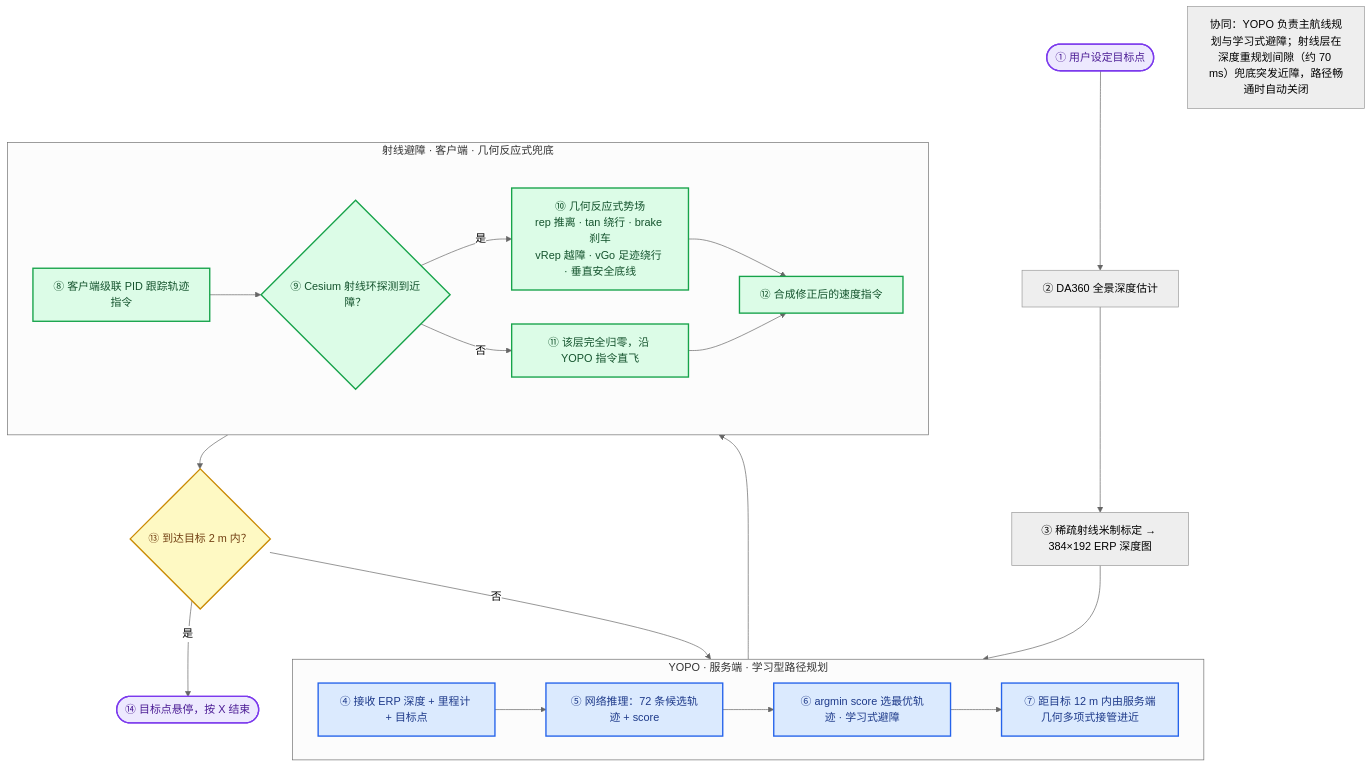
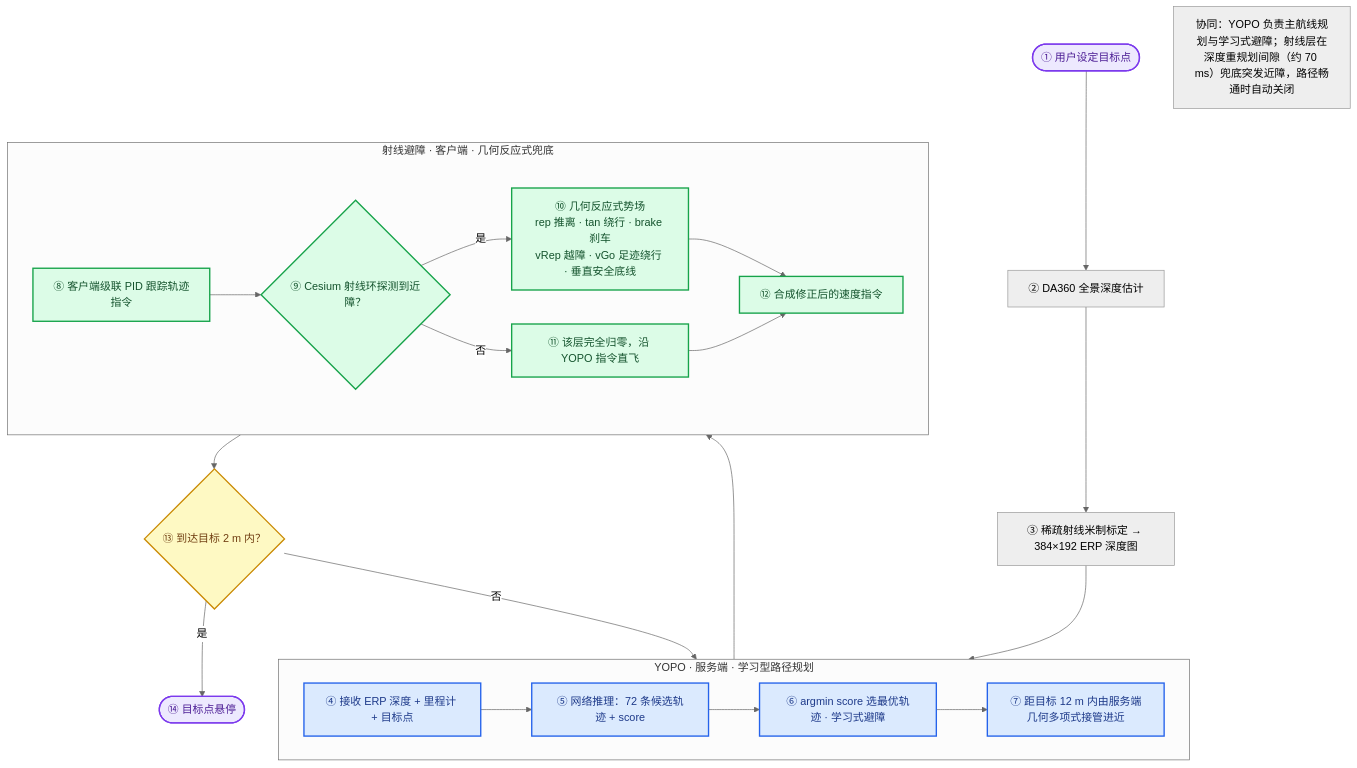
Before and after one commit to wuuwuu26/MindCloud_World_Fly_Private: the diagram in README.md, drawn with Mermaid (neutral theme). The commit also changed 1 other file, not shown here.

Commit message:
docs: 导航流程图终点改为仅悬停，去掉按 X 结束

````diff
--- a/README.md
+++ b/README.md
@@ -69,40 +69,40 @@
 ```mermaid
 flowchart TD
     classDef yopo fill:#dbeafe,stroke:#2563eb,stroke-width:2px,color:#1e3a8a;
     classDef ray fill:#dcfce7,stroke:#16a34a,stroke-width:2px,color:#14532d;
     classDef dec fill:#fef9c3,stroke:#ca8a04,stroke-width:2px,color:#713f12;
     classDef term fill:#ede9fe,stroke:#7c3aed,stroke-width:2px,color:#4c1d95;
 
     Start([① 用户设定目标点]) --> Depth[② DA360 全景深度估计]
     Depth --> Calib[③ 稀疏射线米制标定 → 384×192 ERP 深度图]
     Calib --> YIN
 
     subgraph YOPO["YOPO · 服务端 · 学习型路径规划"]
         direction LR
         YIN[④ 接收 ERP 深度 + 里程计 + 目标点]
         YIN --> Cands[⑤ 网络推理：72 条候选轨迹 + score]
         Cands --> Argmin[⑥ argmin score 选最优轨迹 · 学习式避障]
         Argmin --> Final[⑦ 距目标 12 m 内由服务端几何多项式接管进近]
     end
     class YIN,Cands,Argmin,Final yopo;
 
     Final --> Exec[⑧ 客户端级联 PID 跟踪轨迹指令]
 
     subgraph RAY["射线避障 · 客户端 · 几何反应式兜底"]
         direction LR
         Exec --> Probe{"⑨ Cesium 射线环探测到近障？"}
         Probe -->|是| Field["⑩ 几何反应式势场<br/>rep 推离 · tan 绕行 · brake 刹车<br/>vRep 越障 · vGo 足迹绕行 · 垂直安全底线"]
         Probe -->|否| Straight["⑪ 该层完全归零，沿 YOPO 指令直飞"]
         Field --> Resume[⑫ 合成修正后的速度指令]
         Straight --> Resume
     end
     class Exec,Probe,Field,Straight,Resume ray;
 
     Resume --> Arrive{"⑬ 到达目标 2 m 内？"}
     Arrive -->|否| YIN
-    Arrive -->|是| End([⑭ 目标点悬停，按 X 结束])
+    Arrive -->|是| End([⑭ 目标点悬停])
     class Arrive dec;
     class Start,End term;
 
     Note["协同：YOPO 负责主航线规划与学习式避障；射线层在深度重规划间隙（约 70 ms）兜底突发近障，路径畅通时自动关闭"]
 ```
````
